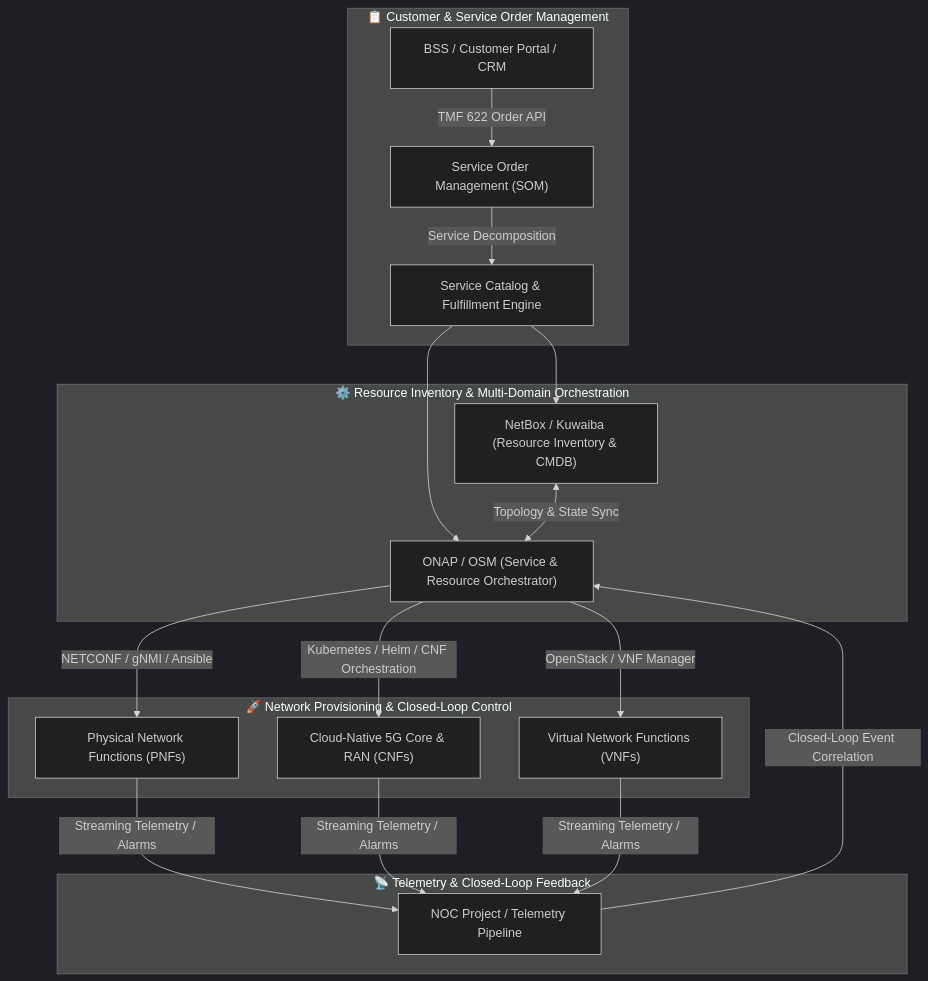
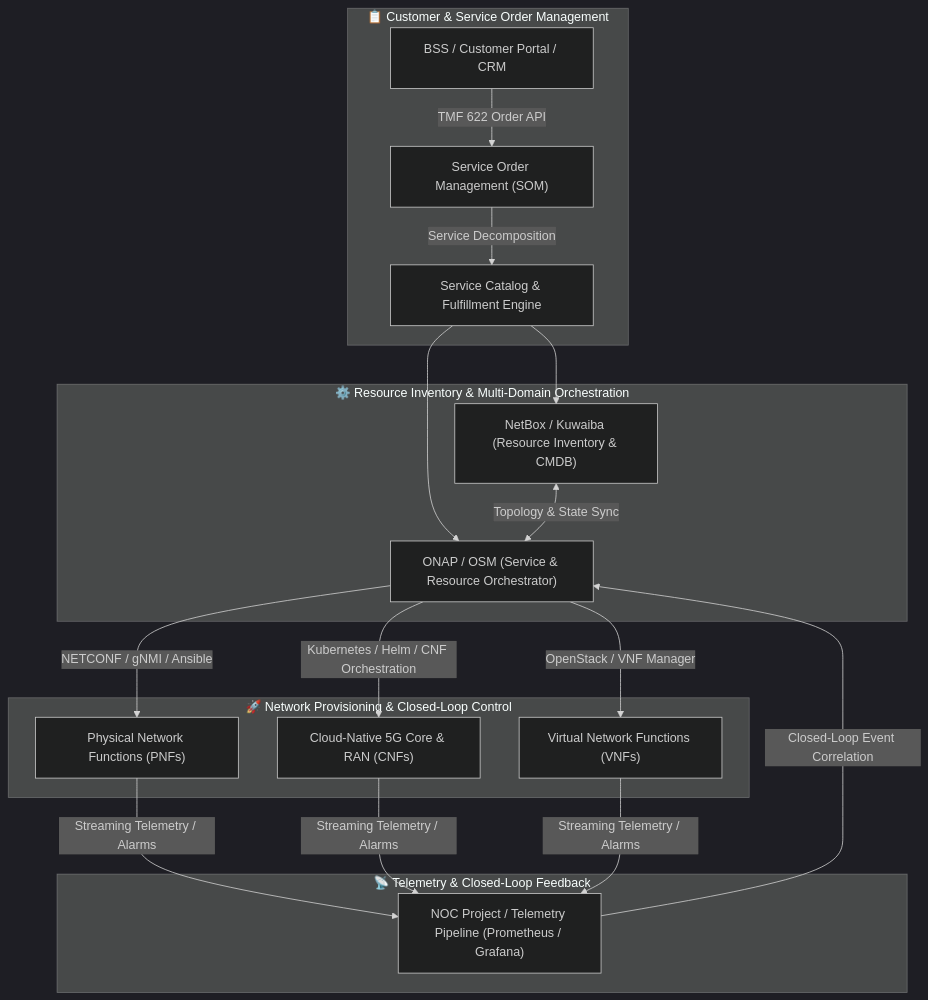
One commit to ishandutta2007/Awesome-Telecom-OSS changed the diagram in README.md. Above: the diagram before and after it, drawn with Mermaid (dark theme). The commit also changed other lines of this file and 1 other file, not shown here.

````diff
--- a/README.md
+++ b/README.md
@@ -213,24 +150,24 @@
 ```mermaid
 flowchart TD
     subgraph Service Layer ["📋 Customer & Service Order Management"]
         A["BSS / Customer Portal / CRM"] -->|TMF 622 Order API| B["Service Order Management (SOM)"]
         B -->|Service Decomposition| C["Service Catalog & Fulfillment Engine"]
     end
 
     subgraph Orchestration & Inventory ["⚙️ Resource Inventory & Multi-Domain Orchestration"]
         C --> D["NetBox / Kuwaiba (Resource Inventory & CMDB)"]
         C --> E["ONAP / OSM (Service & Resource Orchestrator)"]
         D <-->|Topology & State Sync| E
     end
 
     subgraph Activation & Control ["🚀 Network Provisioning & Closed-Loop Control"]
         E -->|NETCONF / gNMI / Ansible| F["Physical Network Functions (PNFs)"]
         E -->|Kubernetes / Helm / CNF Orchestration| G["Cloud-Native 5G Core & RAN (CNFs)"]
         E -->|OpenStack / VNF Manager| H["Virtual Network Functions (VNFs)"]
     end
 
     subgraph Assurance Feedback ["📡 Telemetry & Closed-Loop Feedback"]
-        F & G & H -->|Streaming Telemetry / Alarms| I["NOC Project / Telemetry Pipeline"]
+        F & G & H -->|Streaming Telemetry / Alarms| I["NOC Project / Telemetry Pipeline (Prometheus / Grafana)"]
         I -->|Closed-Loop Event Correlation| E
     end
 ```
````
